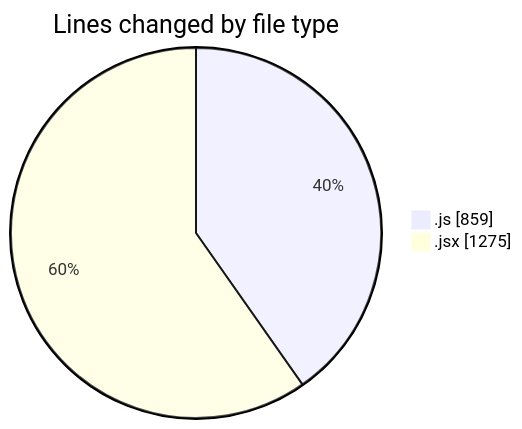
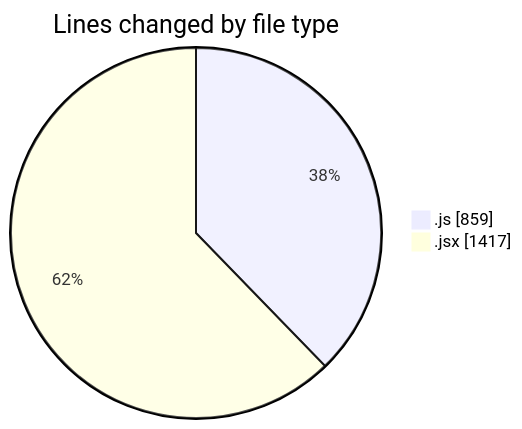
Before and after one commit to nxtqubesakshisongat/code-tracking: the first of 2 diagrams in 2025-12-26/nxtqube_webapp/README.md, drawn with Mermaid. The commit also changed other lines of this file and 1 other file, not shown here.

````diff
--- a/2025-12-26/nxtqube_webapp/README.md
+++ b/2025-12-26/nxtqube_webapp/README.md
@@ -24,6 +24,6 @@
 ```mermaid
 pie showData
 title Lines changed by file type
 ".js" : 859
-".jsx" : 1275
+".jsx" : 1417
 ```
````
